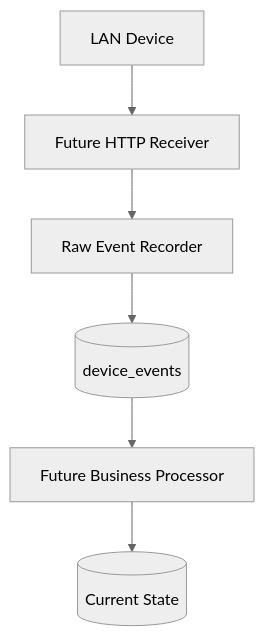
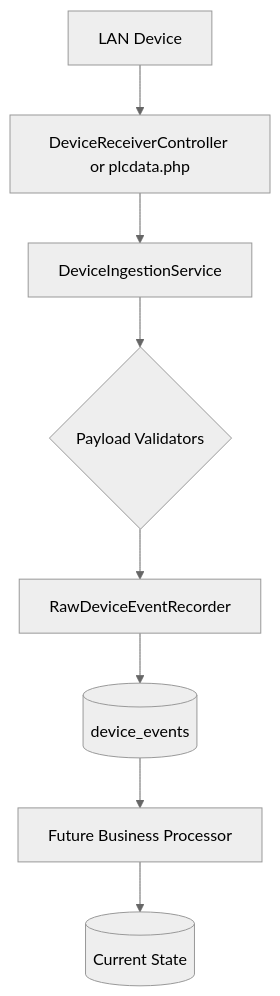
The diagram in docs/ARCHITECTURE.md (AtharvGhnadat/IAC-CockpitConsole), drawn with Mermaid (neutral theme) before and after one commit. The commit also changed other lines of this file and 19 other files, not shown here.

````diff
--- a/docs/ARCHITECTURE.md
+++ b/docs/ARCHITECTURE.md
@@ -7,8 +7,10 @@
 ```mermaid
 flowchart TD
-    LAN[LAN Device] --> HTTP[Future HTTP Receiver]
-    HTTP --> REC[Raw Event Recorder]
+    LAN[LAN Device] --> HTTP[DeviceReceiverController or plcdata.php]
+    HTTP --> INGEST[DeviceIngestionService]
+    INGEST --> VALIDATE{Payload Validators}
+    VALIDATE --> REC[RawDeviceEventRecorder]
     REC --> DB[(device_events)]
     DB --> PROC[Future Business Processor]
     PROC --> STATE[(Current State)]
 ```
````
